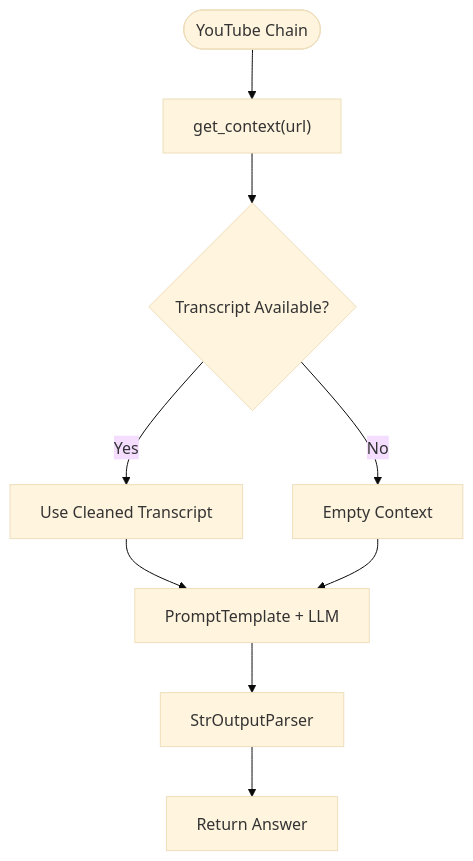
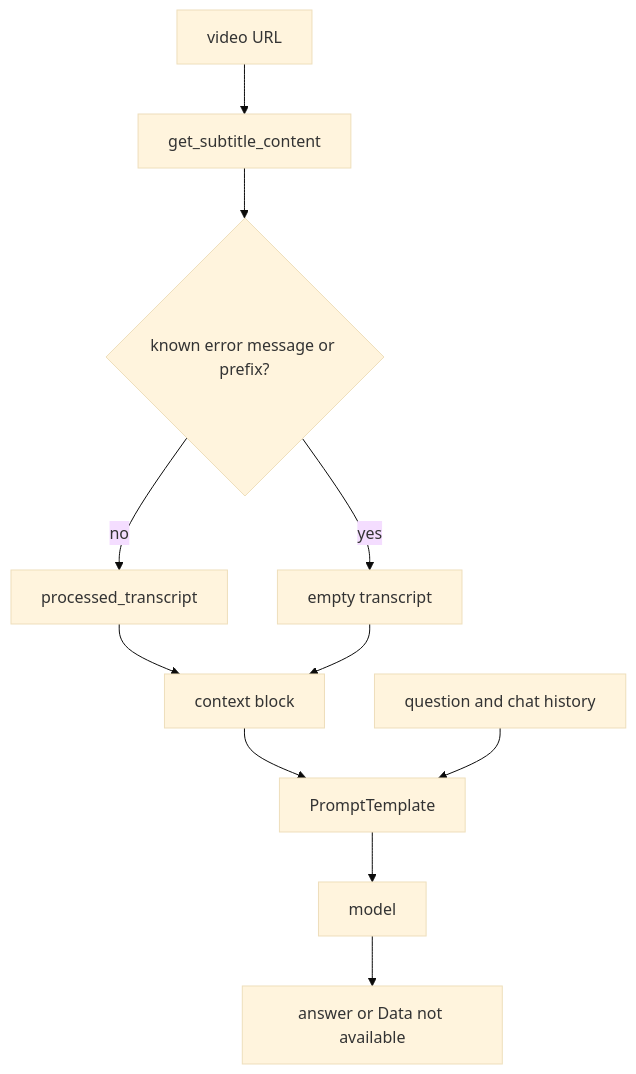
Before and after one commit to tashifkhan/tashif.codes: the fourth of 6 diagrams in src/data/docs/agentic-browser/Prompts and Prompt Engineering/Service-Specific Prompts.md, drawn with Mermaid (base theme). The commit also changed other lines of this file and 114 other files, not shown here.

````diff
--- a/src/data/docs/agentic-browser/Prompts and Prompt Engineering/Service-Specific Prompts.md
+++ b/src/data/docs/agentic-browser/Prompts and Prompt Engineering/Service-Specific Prompts.md
@@ -125,11 +93,13 @@
 ```mermaid
 flowchart TD
-Start(["YouTube Chain"]) --> GetCtx["get_context(url)"]
-GetCtx --> Clean{"Transcript Available?"}
-Clean --> |Yes| UseCtx["Use Cleaned Transcript"]
-Clean --> |No| EmptyCtx["Empty Context"]
-UseCtx --> Prompt["PromptTemplate + LLM"]
-EmptyCtx --> Prompt
-Prompt --> Parse["StrOutputParser"]
-Parse --> Return["Return Answer"]
+  U["video URL"] --> S["get_subtitle_content"]
+  S --> E{"known error message or prefix?"}
+  E -->|yes| Z["empty transcript"]
+  E -->|no| P["processed_transcript"]
+  P --> C["context block"]
+  Z --> C
+  C --> T["PromptTemplate"]
+  Q["question and chat history"] --> T
+  T --> L["model"]
+  L --> A["answer or Data not available"]
 ```
````
